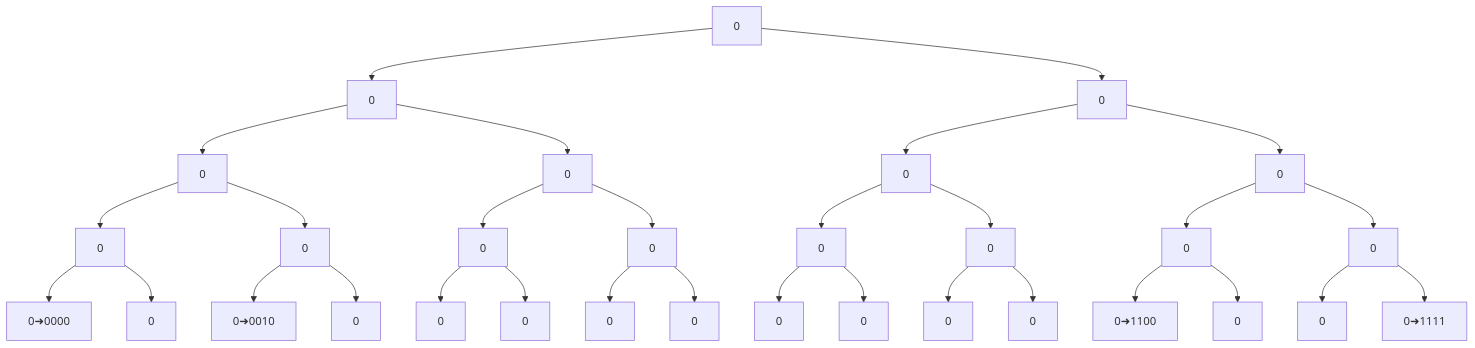
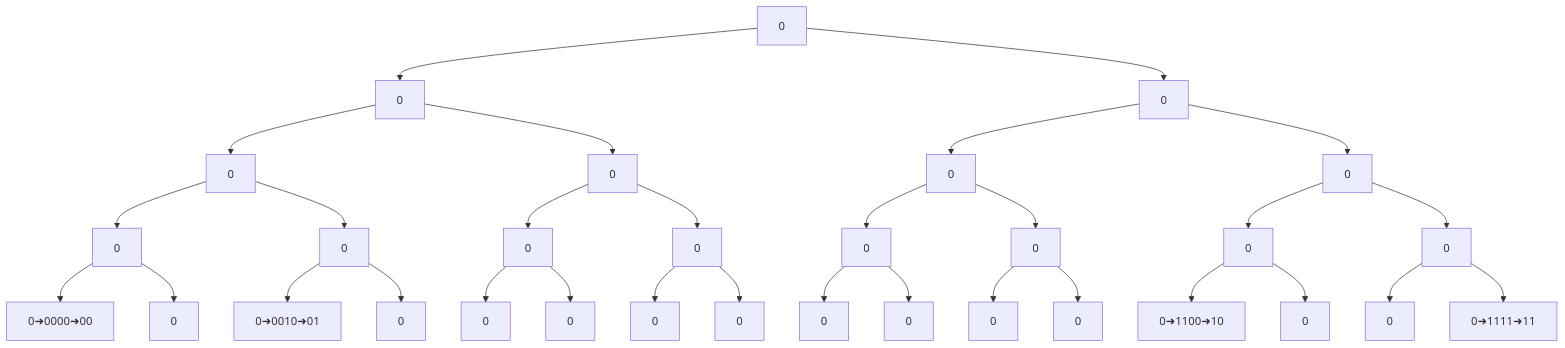
The third of 3 diagrams in COMPSCI 224 Advanced Algorithms/Note1-2.md (H-yz2022/AlgorithmsPrepare), drawn with Mermaid before and after one commit.

````diff
--- a/COMPSCI 224 Advanced Algorithms/Note1-2.md
+++ b/COMPSCI 224 Advanced Algorithms/Note1-2.md
@@ -198,38 +198,38 @@
 ```mermaid
 graph TD
     A["0"]
 
     A --> B["0"]
     A --> C["0"]
 
     B --> D["0"]
     B --> E["0"]
     C --> F["0"]
     C --> G["0"]
 
     D --> H["0"]
     D --> I["0"]
     E --> J["0"]
     E --> K["0"]
     F --> L["0"]
     F --> M["0"]
     G --> N["0"]
     G --> O["0"]
 
-    H --> P["0➜0000"]
+    H --> P["0➜0000➜00"]
     H --> Q["0"]
-    I --> R["0➜0010"]
+    I --> R["0➜0010➜01"]
     I --> S["0"]
     J --> T["0"]
     J --> U["0"]
     K --> V["0"]
     K --> W["0"]
     L --> X["0"]
     L --> Y["0"]
     M --> Z["0"]
     M --> AA["0"]
-    N --> AB["0➜1100"]
+    N --> AB["0➜1100➜10"]
     N --> AC["0"]
     O --> AD["0"]
-    O --> AE["0➜1111"]
+    O --> AE["0➜1111➜11"]
 ```
````
